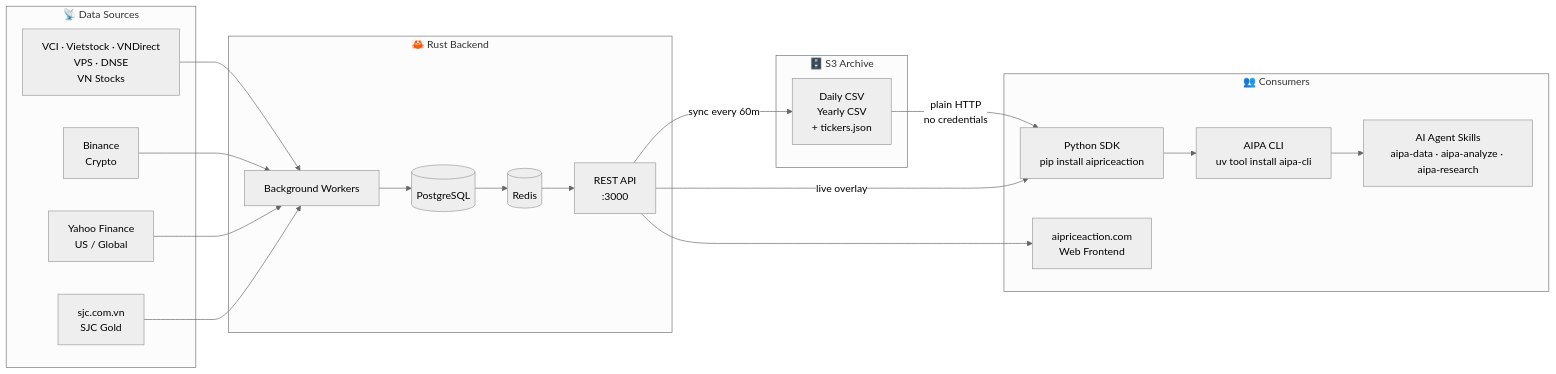
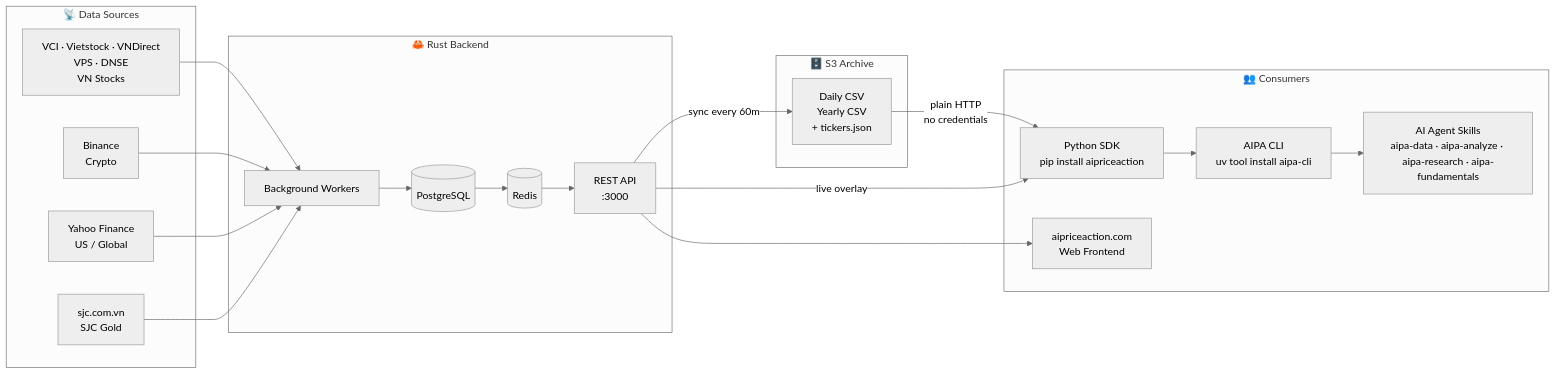
The diagram in README.md (quanhua92/aipriceaction), drawn with Mermaid (neutral theme) before and after one commit. The commit also changed other lines of this file and 1 other file, not shown here.

Commit message:
docs: add aipa-fundamentals skill to README.md and skills/README.md

````diff
--- a/README.md
+++ b/README.md
@@ -111,35 +111,35 @@
 ```mermaid
 flowchart LR
     subgraph Sources ["📡 Data Sources"]
         VN["VCI · Vietstock · VNDirect<br/>VPS · DNSE<br/>VN Stocks"]
         BIN["Binance<br/>Crypto"]
         YAH["Yahoo Finance<br/>US / Global"]
         SJC["sjc.com.vn<br/>SJC Gold"]
     end
 
     subgraph Backend ["🦀 Rust Backend"]
         W["Background Workers"]
         PG[("PostgreSQL")]
         RD[("Redis")]
         API["REST API<br/>:3000"]
         W --> PG --> RD --> API
     end
 
     subgraph S3 ["🗄️ S3 Archive"]
         CSV["Daily CSV<br/>Yearly CSV<br/>+ tickers.json"]
     end
 
     subgraph Consumers ["👥 Consumers"]
         SDK["Python SDK<br/>pip install aipriceaction"]
         CLI["AIPA CLI<br/>uv tool install aipa-cli"]
-        SKILLS["AI Agent Skills<br/>aipa-data · aipa-analyze · aipa-research"]
+        SKILLS["AI Agent Skills<br/>aipa-data · aipa-analyze · aipa-research · aipa-fundamentals"]
         WEB["aipriceaction.com<br/>Web Frontend"]
     end
 
     VN & BIN & YAH & SJC --> W
     API -- "sync every 60m" --> CSV
     CSV -- "plain HTTP<br/>no credentials" --> SDK
     API -- "live overlay" --> SDK
     SDK --> CLI --> SKILLS
     API --> WEB
 ```
````
